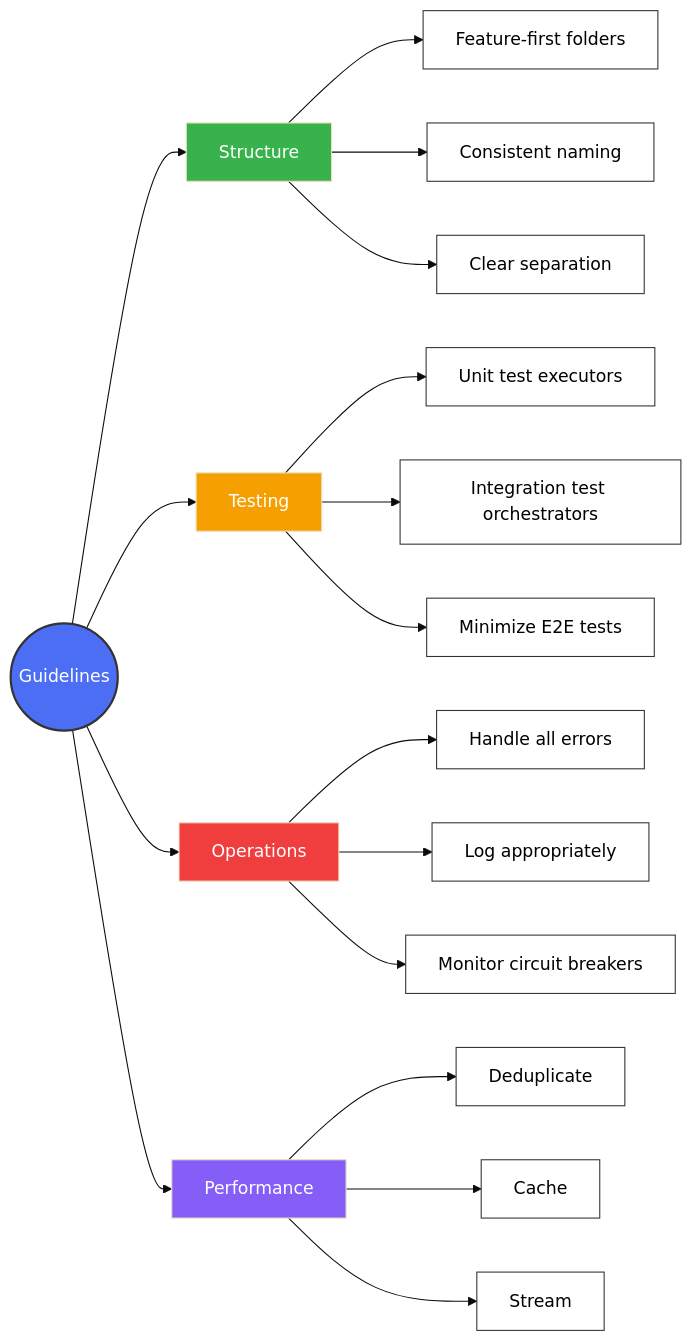
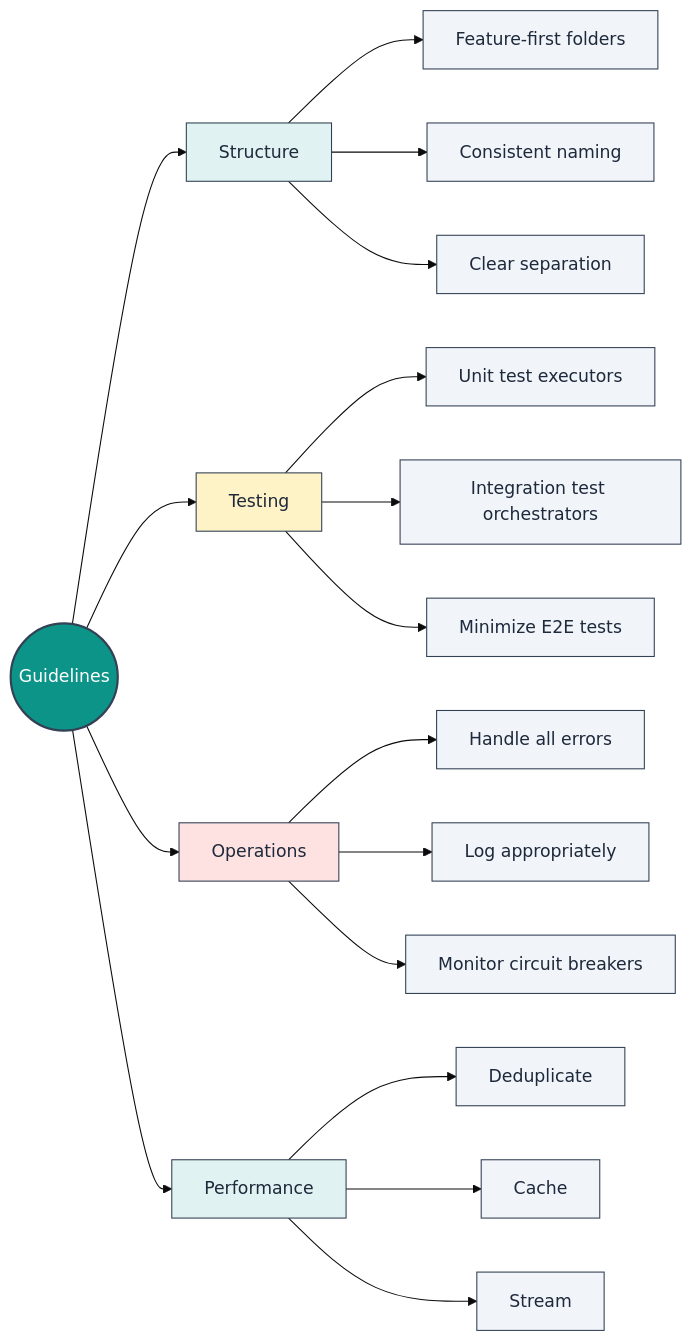
Before and after one commit to lploc94/flutter_orchestrator: diagram 14 of 14 in book/chapters/07_best_practices.md, drawn with Mermaid (base theme). The commit also changed other lines of this file and 4 other files, not shown here.

````diff
--- a/book/chapters/07_best_practices.md
+++ b/book/chapters/07_best_practices.md
@@ -347,46 +441,46 @@
 ```mermaid
 graph LR
     Root((Guidelines))
     
     Root --> Str["Structure"]
     Str --> Str1["Feature-first folders"]
     Str --> Str2["Consistent naming"]
     Str --> Str3["Clear separation"]
     
     Root --> Test["Testing"]
     Test --> Test1["Unit test executors"]
     Test --> Test2["Integration test orchestrators"]
     Test --> Test3["Minimize E2E tests"]
     
     Root --> Ops["Operations"]
     Ops --> Ops1["Handle all errors"]
     Ops --> Ops2["Log appropriately"]
     Ops --> Ops3["Monitor circuit breakers"]
     
     Root --> Perf["Performance"]
     Perf --> Perf1["Deduplicate"]
     Perf --> Perf2["Cache"]
     Perf --> Perf3["Stream"]
     
-    style Root fill:#4c6ef5,stroke:#333,stroke-width:2px,color:#fff
-    style Str fill:#37b24d,color:#fff
-    style Test fill:#f59f00,color:#fff
-    style Ops fill:#f03e3e,color:#fff
-    style Perf fill:#845ef7,color:#fff
+    style Root fill:#0d9488,stroke:#334155,stroke-width:2px,color:#ffffff
+    style Str fill:#e0f2f1,stroke:#334155,color:#1e293b
+    style Test fill:#fef3c7,stroke:#334155,color:#1e293b
+    style Ops fill:#fee2e2,stroke:#334155,color:#1e293b
+    style Perf fill:#e0f2f1,stroke:#334155,color:#1e293b
     
-    style Str1 fill:#fff,stroke:#333,color:#000
-    style Str2 fill:#fff,stroke:#333,color:#000
-    style Str3 fill:#fff,stroke:#333,color:#000
+    style Str1 fill:#f1f5f9,stroke:#334155,color:#1e293b
+    style Str2 fill:#f1f5f9,stroke:#334155,color:#1e293b
+    style Str3 fill:#f1f5f9,stroke:#334155,color:#1e293b
     
-    style Test1 fill:#fff,stroke:#333,color:#000
-    style Test2 fill:#fff,stroke:#333,color:#000
-    style Test3 fill:#fff,stroke:#333,color:#000
+    style Test1 fill:#f1f5f9,stroke:#334155,color:#1e293b
+    style Test2 fill:#f1f5f9,stroke:#334155,color:#1e293b
+    style Test3 fill:#f1f5f9,stroke:#334155,color:#1e293b
     
-    style Ops1 fill:#fff,stroke:#333,color:#000
-    style Ops2 fill:#fff,stroke:#333,color:#000
-    style Ops3 fill:#fff,stroke:#333,color:#000
+    style Ops1 fill:#f1f5f9,stroke:#334155,color:#1e293b
+    style Ops2 fill:#f1f5f9,stroke:#334155,color:#1e293b
+    style Ops3 fill:#f1f5f9,stroke:#334155,color:#1e293b
     
-    style Perf1 fill:#fff,stroke:#333,color:#000
-    style Perf2 fill:#fff,stroke:#333,color:#000
-    style Perf3 fill:#fff,stroke:#333,color:#000
+    style Perf1 fill:#f1f5f9,stroke:#334155,color:#1e293b
+    style Perf2 fill:#f1f5f9,stroke:#334155,color:#1e293b
+    style Perf3 fill:#f1f5f9,stroke:#334155,color:#1e293b
 ```
````
